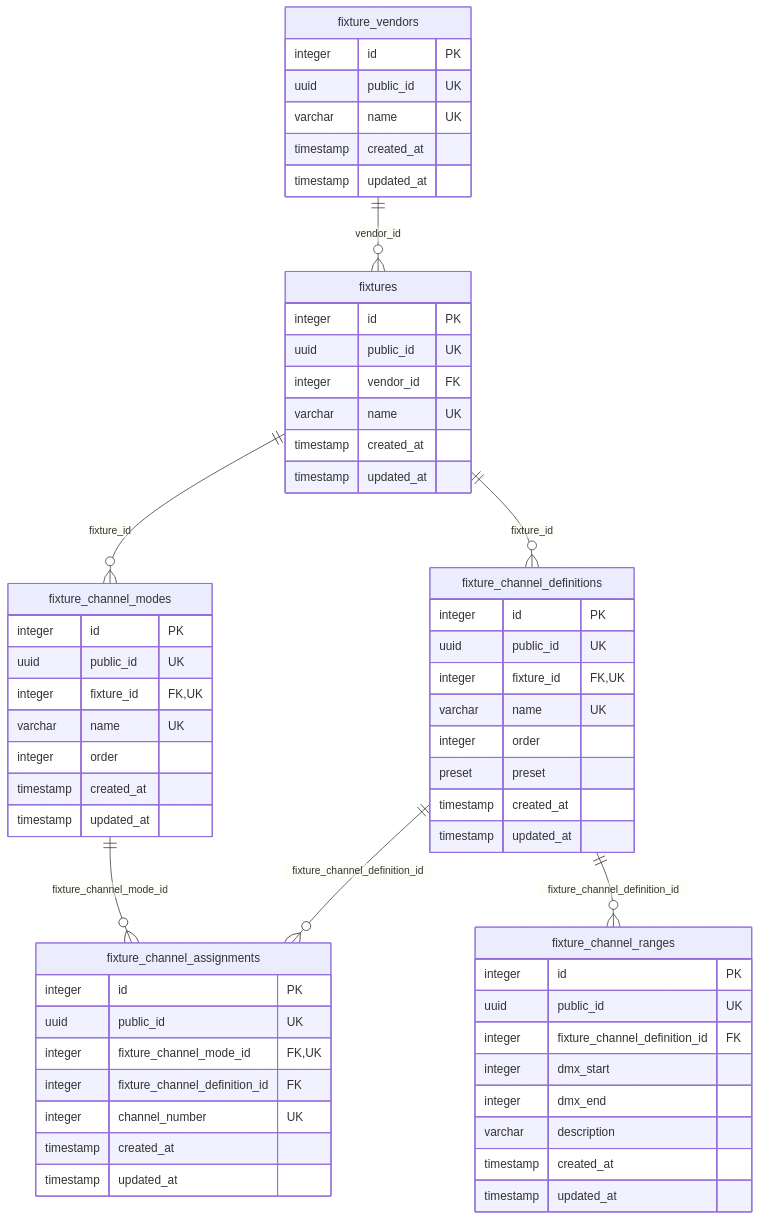
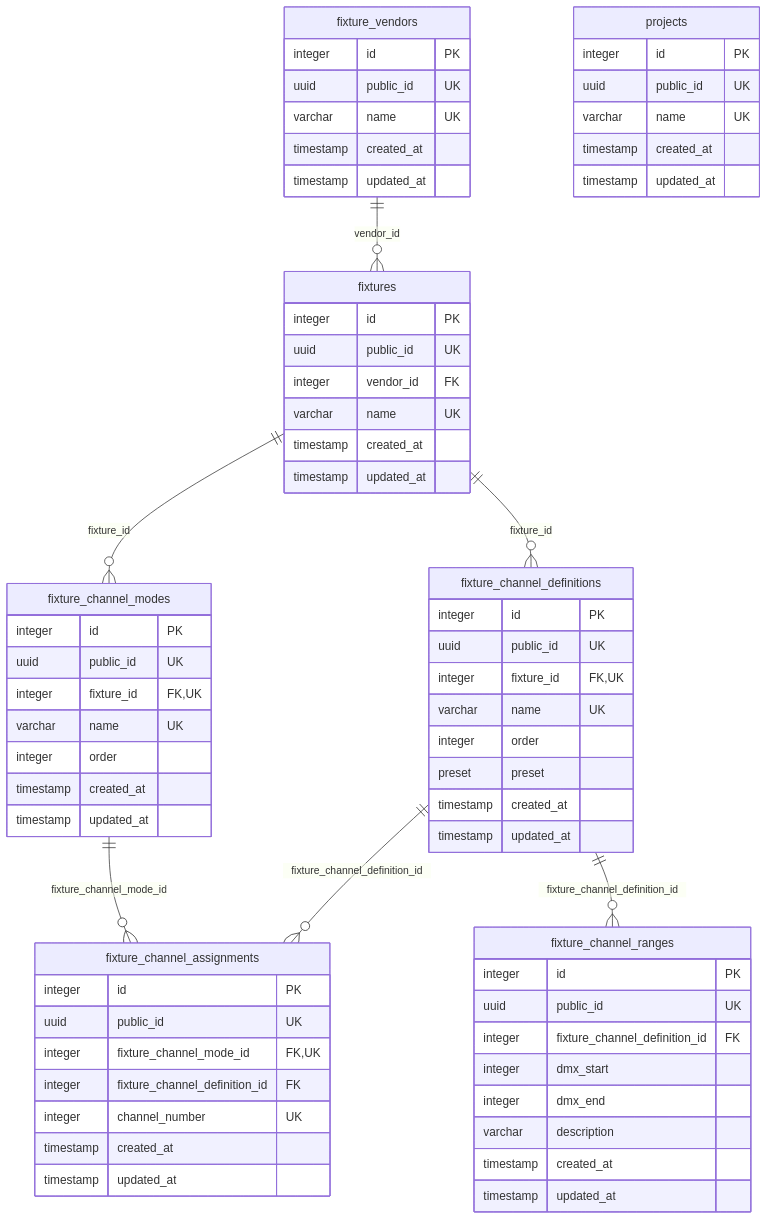
One commit to hsimpson/dmx-light-control changed the diagram in apps/backend/docs/database-schema.md. Above: the diagram before and after it, drawn with Mermaid. The commit also changed 63 other files, not shown here.

````diff
--- a/apps/backend/docs/database-schema.md
+++ b/apps/backend/docs/database-schema.md
@@ -5,62 +5,69 @@
 ```mermaid
 erDiagram
     fixture_vendors ||--o{ fixtures : "vendor_id"
     fixture_channel_modes ||--o{ fixture_channel_assignments : "fixture_channel_mode_id"
     fixture_channel_definitions ||--o{ fixture_channel_assignments : "fixture_channel_definition_id"
     fixtures ||--o{ fixture_channel_definitions : "fixture_id"
     fixtures ||--o{ fixture_channel_modes : "fixture_id"
     fixture_channel_definitions ||--o{ fixture_channel_ranges : "fixture_channel_definition_id"
     fixtures {
         integer id PK
         uuid public_id UK
         integer vendor_id FK
         varchar name UK
         timestamp created_at
         timestamp updated_at
     }
     fixture_channel_assignments {
         integer id PK
         uuid public_id UK
         integer fixture_channel_mode_id FK,UK
         integer fixture_channel_definition_id FK
         integer channel_number UK
         timestamp created_at
         timestamp updated_at
     }
     fixture_channel_definitions {
         integer id PK
         uuid public_id UK
         integer fixture_id FK,UK
         varchar name UK
         integer order
         preset preset
         timestamp created_at
         timestamp updated_at
     }
     fixture_channel_modes {
         integer id PK
         uuid public_id UK
         integer fixture_id FK,UK
         varchar name UK
         integer order
         timestamp created_at
         timestamp updated_at
     }
     fixture_channel_ranges {
         integer id PK
         uuid public_id UK
         integer fixture_channel_definition_id FK
         integer dmx_start
         integer dmx_end
         varchar description
         timestamp created_at
         timestamp updated_at
     }
     fixture_vendors {
         integer id PK
         uuid public_id UK
         varchar name UK
         timestamp created_at
         timestamp updated_at
     }
+    projects {
+        integer id PK
+        uuid public_id UK
+        varchar name UK
+        timestamp created_at
+        timestamp updated_at
+    }
 ```
````
